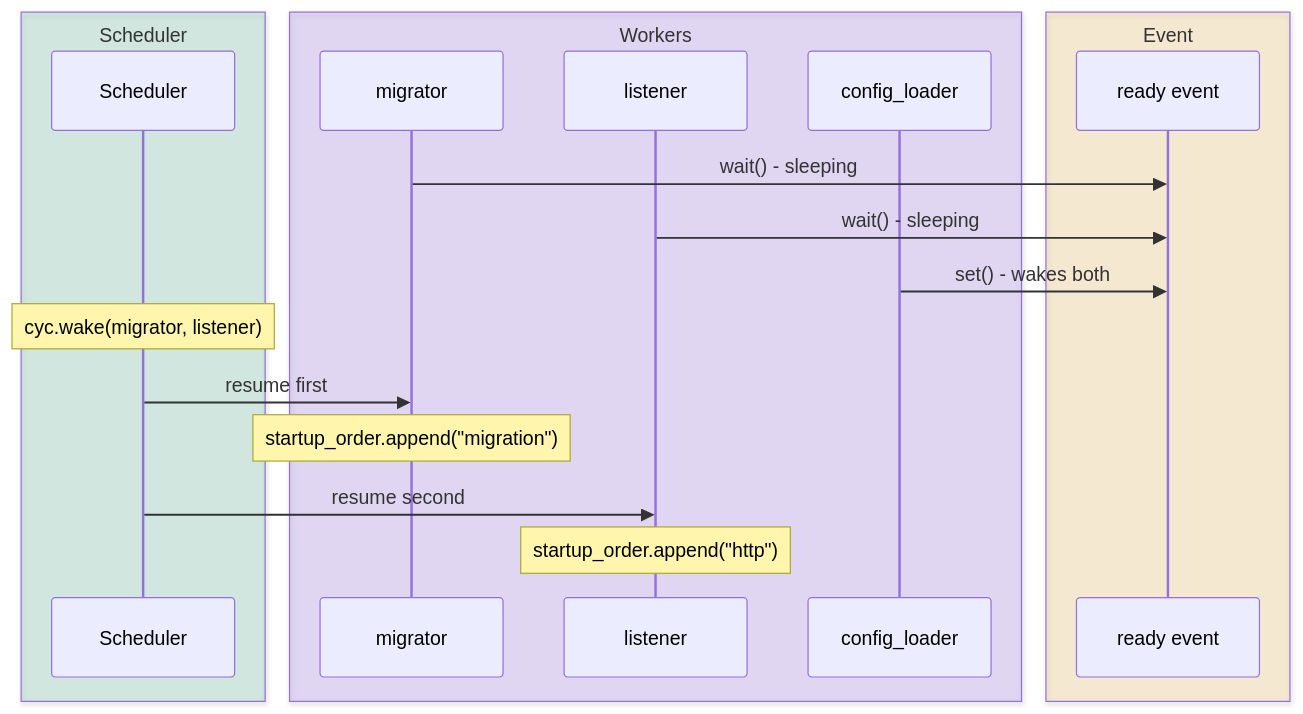
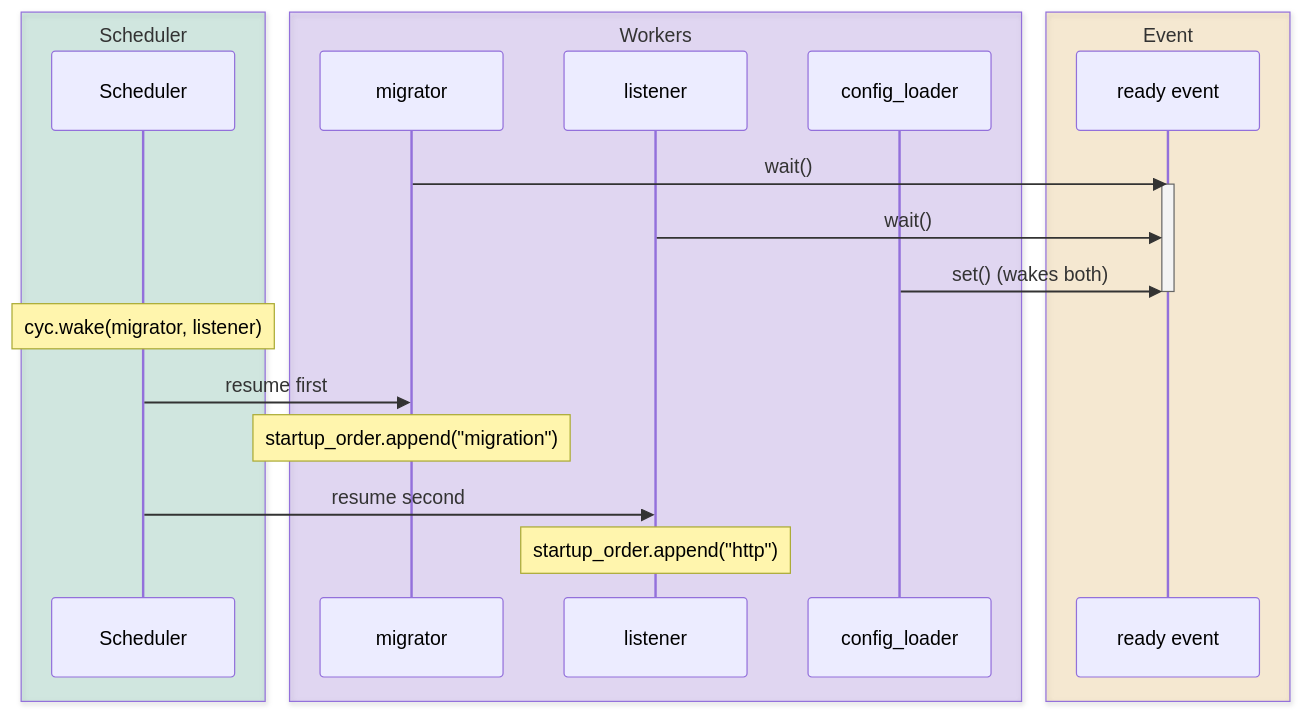
Diagram 15 of 16 in content/posts/blanket-deterministic-threading/index.md (gaborbernat/bernat-tech), drawn with Mermaid before and after one commit. The commit also changed other lines of this file, not shown here.

Commit message:
Add activate/deactivate to all sequence diagrams

````diff
--- a/content/posts/blanket-deterministic-threading/index.md
+++ b/content/posts/blanket-deterministic-threading/index.md
@@ -939,24 +944,26 @@
 ```mermaid
 sequenceDiagram
     box rgba(5,150,105,0.15) Scheduler
         participant S as Scheduler
     end
     box rgba(109,40,217,0.15) Workers
         participant M as migrator
         participant L as listener
         participant C as config_loader
     end
     box rgba(245,158,11,0.15) Event
         participant E as ready event
     end
 
-    M->>E: wait() - sleeping
-    L->>E: wait() - sleeping
-    C->>E: set() - wakes both
+    M->>E: wait()
+    activate E
+    L->>E: wait()
+    C->>E: set() (wakes both)
+    deactivate E
 
     Note over S: cyc.wake(migrator, listener)
     S->>M: resume first
     Note over M: startup_order.append("migration")
     S->>L: resume second
     Note over L: startup_order.append("http")
 ```
````
